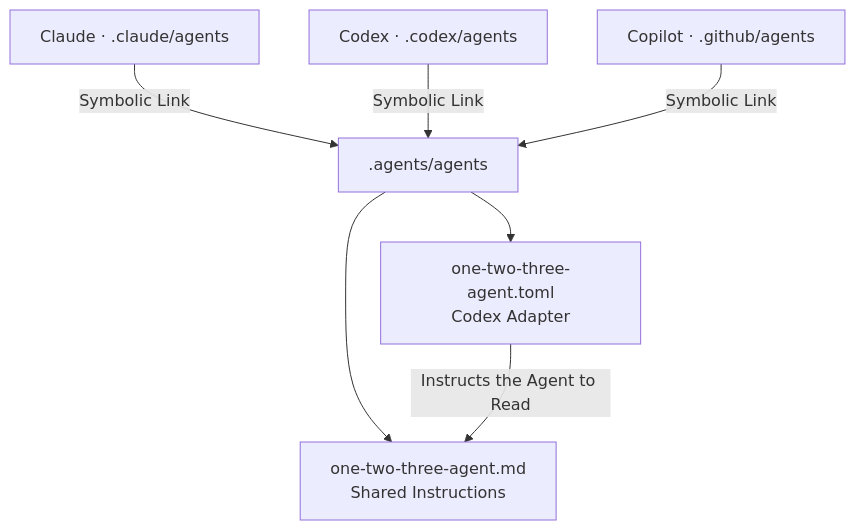
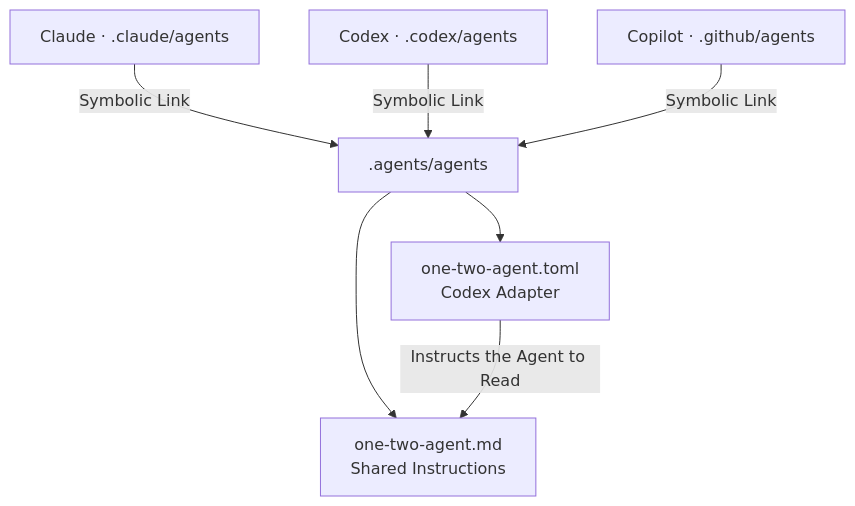
One commit to cangrejometralleta/OneTwoThree changed the diagram in rules/vendor-integration.md. Above: the diagram before and after it, drawn with Mermaid. The commit also changed 5 other files, not shown here.

Commit message:
Rename shared agent

````diff
--- a/rules/vendor-integration.md
+++ b/rules/vendor-integration.md
@@ -29,9 +29,9 @@
 ```mermaid
 flowchart TD
     Claude["Claude · .claude/agents"] -->|Symbolic Link| Shared[".agents/agents"]
     Codex["Codex · .codex/agents"] -->|Symbolic Link| Shared
     Copilot["Copilot · .github/agents"] -->|Symbolic Link| Shared
-    Shared --> Markdown["one-two-three-agent.md<br/>Shared Instructions"]
-    Shared --> Adapter["one-two-three-agent.toml<br/>Codex Adapter"]
+    Shared --> Markdown["one-two-agent.md<br/>Shared Instructions"]
+    Shared --> Adapter["one-two-agent.toml<br/>Codex Adapter"]
     Adapter -->|Instructs the Agent to Read| Markdown
 ```
````
